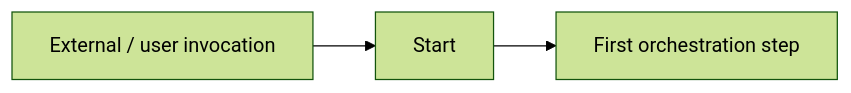
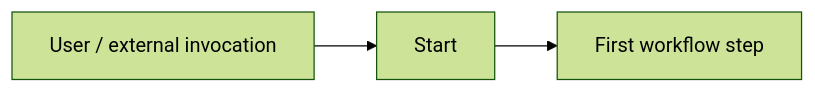
Before and after one commit to adityarane-ai/QI-Studio-Playbook: the diagram in 02-Orchestration-Primitives/Start.md, drawn with Mermaid (forest theme). The commit also changed other lines of this file, not shown here.

Commit message:
align Start node documentation with runtime-confirmed test

````diff
--- a/02-Orchestration-Primitives/Start.md
+++ b/02-Orchestration-Primitives/Start.md
@@ -21,5 +28,5 @@
 ```mermaid
 flowchart LR
-    I[External / user invocation] --> S[Start]
-    S --> N[First orchestration step]
+    I[User / external invocation] --> S[Start]
+    S --> N[First workflow step]
 ```
````
